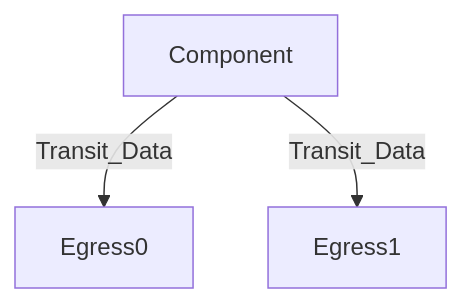
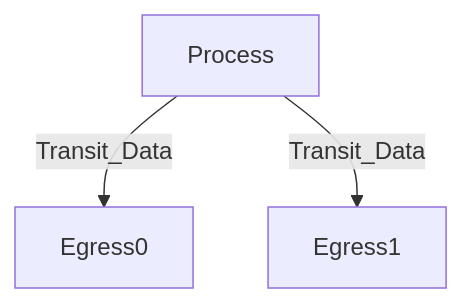
The second of 5 diagrams in docs/architecture/etl.markdown (base-org/pessimism), drawn with Mermaid before and after one commit. The commit also changed other lines of this file and 146 other files, not shown here.

```diff
--- a/docs/architecture/etl.markdown
+++ b/docs/architecture/etl.markdown
@@ -49,5 +48,5 @@
 <div class="mermaid">
 flowchart TD;
-    Component-->|Transit_Data|A[Egress0];
-    Component-->|Transit_Data|B[Egress1];
+    Process-->|Transit_Data|A[Egress0];
+    Process-->|Transit_Data|B[Egress1];
 </div>
```
